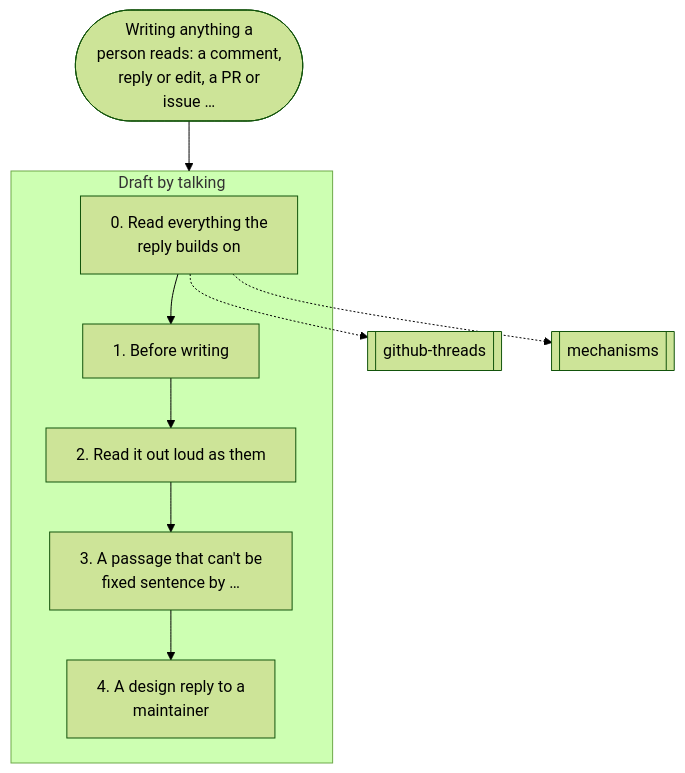
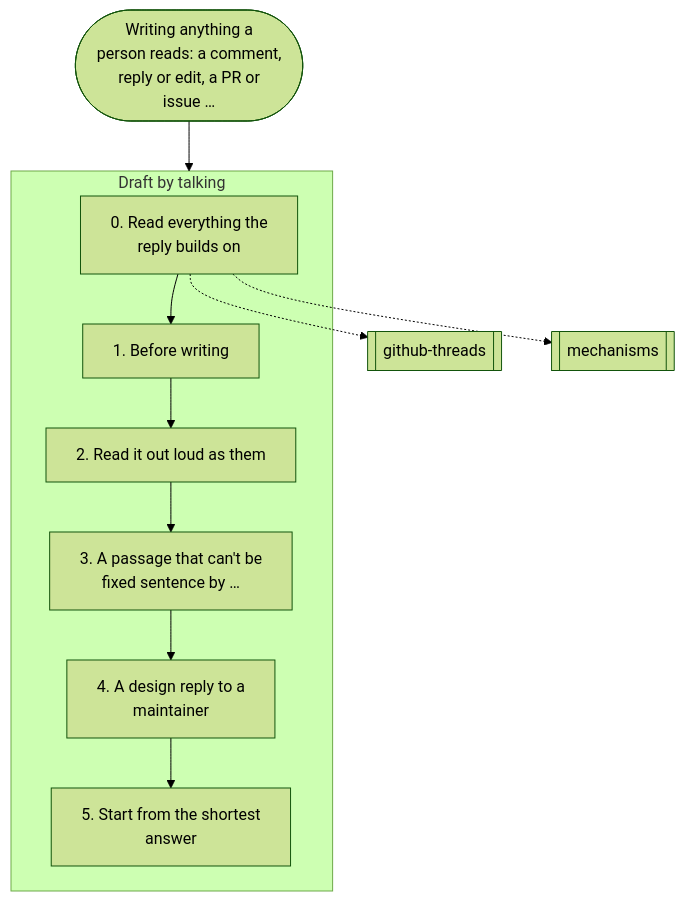
The second of 18 diagrams in docs/graphs.md (nitedani/mergeworthy), drawn with Mermaid (forest theme) before and after one commit. The commit also changed 4 other files, not shown here.

First line of the commit message:
writing and the gate: start from the shortest answer; docs carry no history

````diff
--- a/docs/graphs.md
+++ b/docs/graphs.md
@@ -67,18 +67,20 @@
 ```mermaid
 flowchart TB
   start(["Writing anything a<br/>person reads: a comment,<br/>reply or edit, a PR or<br/>issue …"])
   subgraph g0["Draft by talking"]
     s0["0. Read everything the<br/>reply builds on"]
     s1["1. Before writing"]
     s0 --> s1
     s2["2. Read it out loud as them"]
     s1 --> s2
     s3["3. A passage that can't be<br/>fixed sentence by …"]
     s2 --> s3
     s4["4. A design reply to a<br/>maintainer"]
     s3 --> s4
+    s5["5. Start from the shortest<br/>answer"]
+    s4 --> s5
   end
   s0 -.-> r1[["github-threads"]]
   s0 -.-> r2[["mechanisms"]]
   start --> g0
 ```
````
